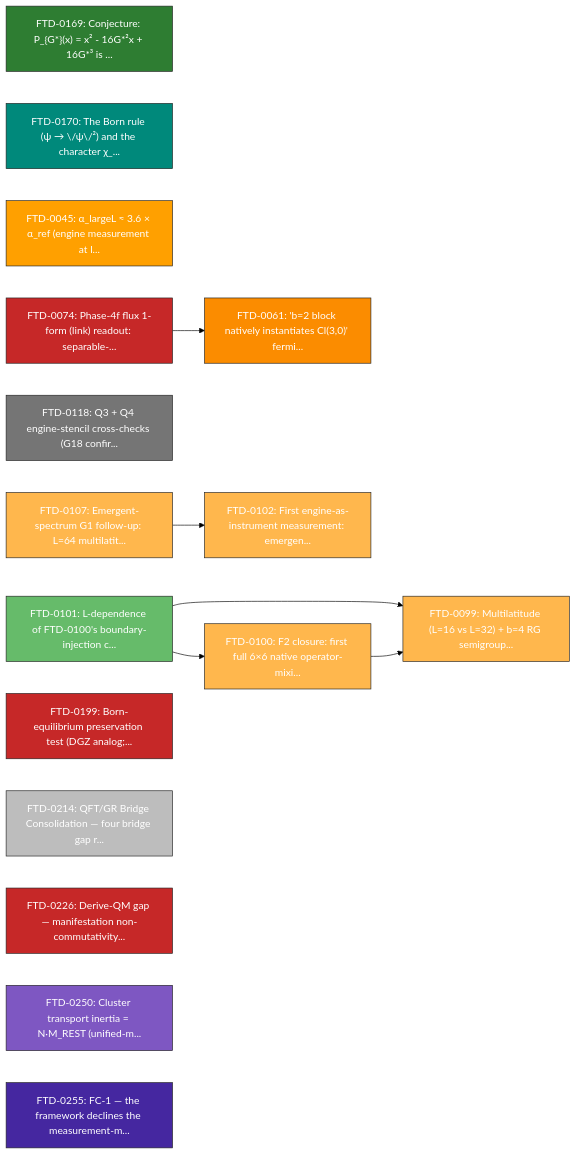
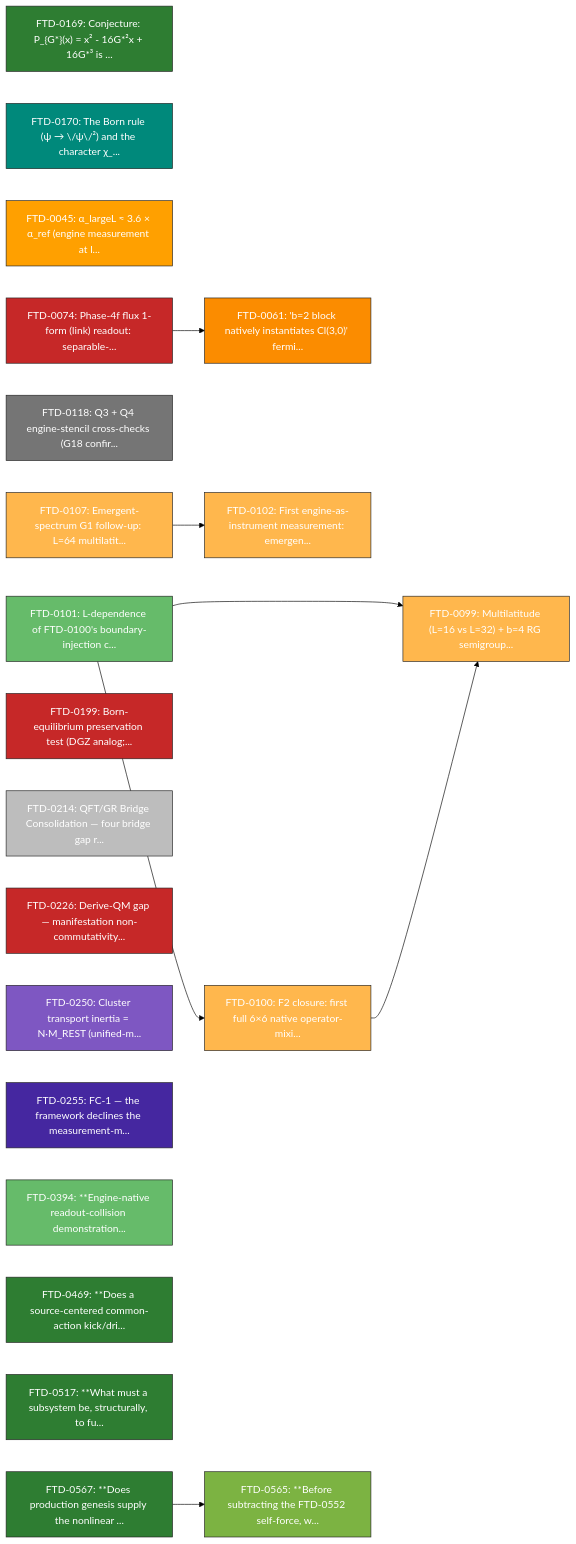
One commit to cpaci-tani/Foundational-Ternary-Dynamics changed the fifth of 16 diagrams in docs/theory/09_mathematical/NODE_MAP_FTD_MATH.md. Above: the diagram before and after it, drawn with Mermaid (forest theme). The commit also changed other lines of this file and 103 other files, not shown here.

````diff
--- a/docs/theory/09_mathematical/NODE_MAP_FTD_MATH.md
+++ b/docs/theory/09_mathematical/NODE_MAP_FTD_MATH.md
@@ -297,40 +360,51 @@
 ```mermaid
 graph LR
     FTD_0169["FTD-0169: Conjecture: P_{G*}(x) = x² - 16G*²x + 16G*³ is ..."]
     style FTD_0169 fill:#2e7d32,color:white,stroke:#222,stroke-width:1px
     FTD_0170["FTD-0170: The Born rule (ψ → \/ψ\/²) and the character χ_..."]
     style FTD_0170 fill:#00897b,color:white,stroke:#222,stroke-width:1px
     FTD_0045["FTD-0045: α_largeL ≈ 3.6 × α_ref (engine measurement at l..."]
     style FTD_0045 fill:#ffa000,color:white,stroke:#222,stroke-width:1px
     FTD_0061["FTD-0061: 'b=2 block natively instantiates Cl(3,0)' fermi..."]
     style FTD_0061 fill:#fb8c00,color:white,stroke:#222,stroke-width:1px
     FTD_0074["FTD-0074: Phase-4f flux 1-form (link) readout: separable-..."]
     style FTD_0074 fill:#c62828,color:white,stroke:#222,stroke-width:1px
     FTD_0118["FTD-0118: Q3 + Q4 engine-stencil cross-checks (G18 confir..."]
     style FTD_0118 fill:#757575,color:white,stroke:#222,stroke-width:1px
     FTD_0107["FTD-0107: Emergent-spectrum G1 follow-up: L=64 multilatit..."]
     style FTD_0107 fill:#ffb74d,color:white,stroke:#222,stroke-width:1px
     FTD_0102["FTD-0102: First engine-as-instrument measurement: emergen..."]
     style FTD_0102 fill:#ffb74d,color:white,stroke:#222,stroke-width:1px
     FTD_0101["FTD-0101: L-dependence of FTD-0100's boundary-injection c..."]
     style FTD_0101 fill:#66bb6a,color:white,stroke:#222,stroke-width:1px
     FTD_0100["FTD-0100: F2 closure: first full 6×6 native operator-mixi..."]
     style FTD_0100 fill:#ffb74d,color:white,stroke:#222,stroke-width:1px
     FTD_0099["FTD-0099: Multilatitude (L=16 vs L=32) + b=4 RG semigroup..."]
     style FTD_0099 fill:#ffb74d,color:white,stroke:#222,stroke-width:1px
     FTD_0199["FTD-0199: Born-equilibrium preservation test (DGZ analog;..."]
     style FTD_0199 fill:#c62828,color:white,stroke:#222,stroke-width:1px
     FTD_0214["FTD-0214: QFT/GR Bridge Consolidation — four bridge gap r..."]
     style FTD_0214 fill:#bdbdbd,color:white,stroke:#222,stroke-width:1px
     FTD_0226["FTD-0226: Derive-QM gap — manifestation non-commutativity..."]
     style FTD_0226 fill:#c62828,color:white,stroke:#222,stroke-width:1px
     FTD_0250["FTD-0250: Cluster transport inertia = N·M_REST (unified-m..."]
     style FTD_0250 fill:#7e57c2,color:white,stroke:#222,stroke-width:1px
     FTD_0255["FTD-0255: FC-1 — the framework declines the measurement-m..."]
     style FTD_0255 fill:#4527a0,color:white,stroke:#222,stroke-width:1px
+    FTD_0394["FTD-0394: **Engine-native readout-collision demonstration..."]
+    style FTD_0394 fill:#66bb6a,color:white,stroke:#222,stroke-width:1px
+    FTD_0469["FTD-0469: **Does a source-centered common-action kick/dri..."]
+    style FTD_0469 fill:#2e7d32,color:white,stroke:#222,stroke-width:1px
+    FTD_0517["FTD-0517: **What must a subsystem be, structurally, to fu..."]
+    style FTD_0517 fill:#2e7d32,color:white,stroke:#222,stroke-width:1px
+    FTD_0565["FTD-0565: **Before subtracting the FTD-0552 self-force, w..."]
+    style FTD_0565 fill:#7cb342,color:white,stroke:#222,stroke-width:1px
+    FTD_0567["FTD-0567: **Does production genesis supply the nonlinear ..."]
+    style FTD_0567 fill:#2e7d32,color:white,stroke:#222,stroke-width:1px
     FTD_0074 --> FTD_0061
     FTD_0107 --> FTD_0102
     FTD_0101 --> FTD_0099
     FTD_0101 --> FTD_0100
     FTD_0100 --> FTD_0099
+    FTD_0567 --> FTD_0565
 ```
````
